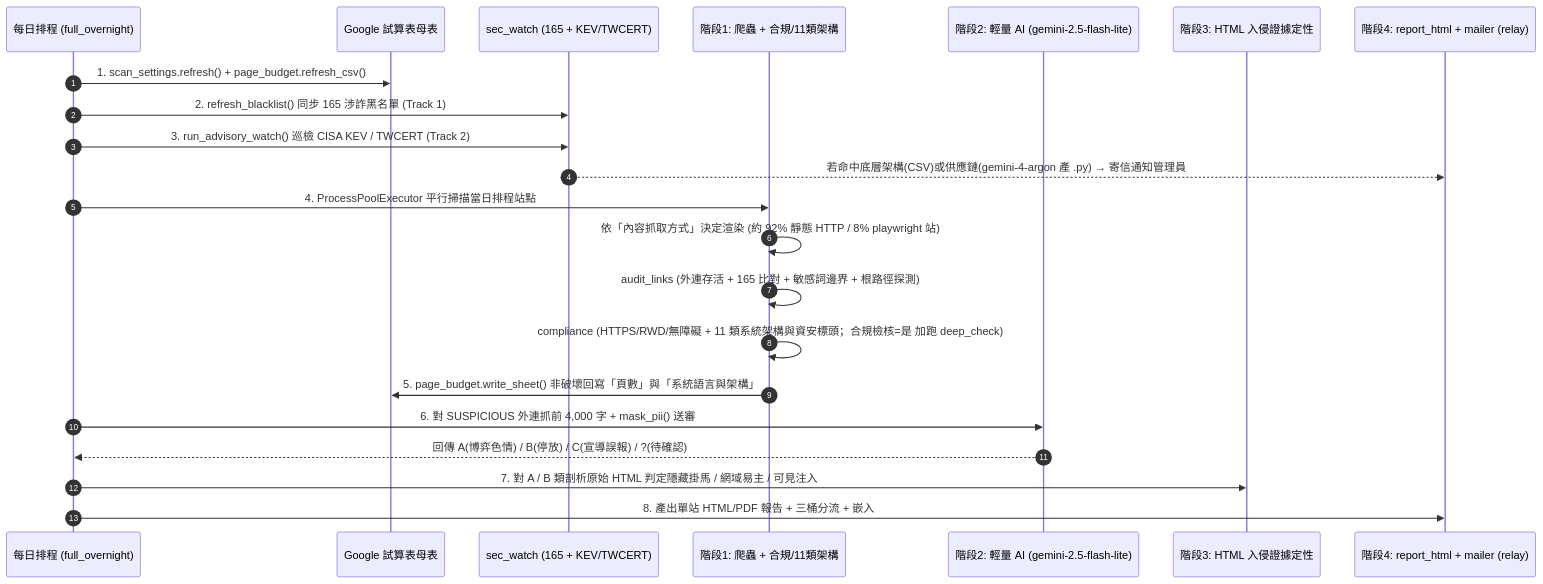
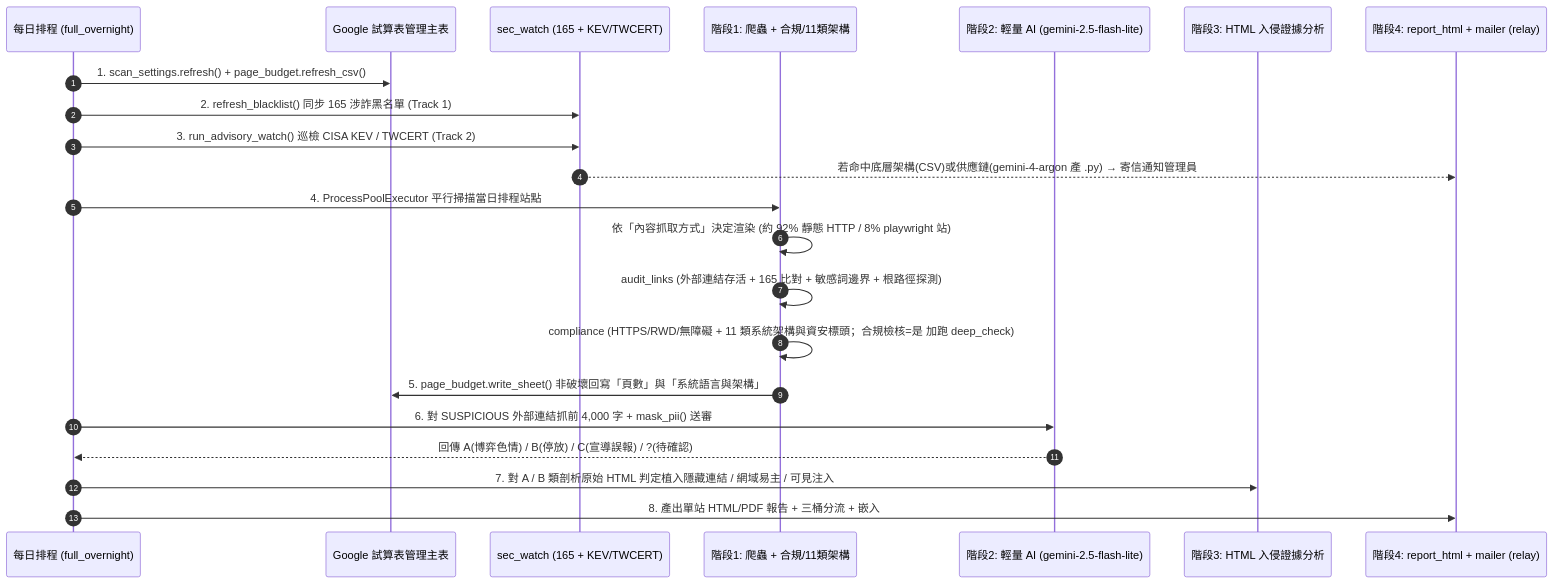
The second of 2 diagrams in docs/ARCHITECTURE.md (acebd12345/websitecheck), drawn with Mermaid before and after one commit. The commit also changed other lines of this file and 3 other files, not shown here.

````diff
--- a/docs/ARCHITECTURE.md
+++ b/docs/ARCHITECTURE.md
@@ -170,27 +170,27 @@
 ```mermaid
 sequenceDiagram
     autonumber
     participant Cron as 每日排程 (full_overnight)
-    participant Sheet as Google 試算表母表
+    participant Sheet as Google 試算表管理主表
     participant SW as sec_watch (165 + KEV/TWCERT)
     participant S1 as 階段1: 爬蟲 + 合規/11類架構
     participant AI_Lite as 階段2: 輕量 AI (gemini-2.5-flash-lite)
-    participant S3 as 階段3: HTML 入侵證據定性
+    participant S3 as 階段3: HTML 入侵證據分析
     participant Mail as 階段4: report_html + mailer (relay)
 
     Cron->>Sheet: 1. scan_settings.refresh() + page_budget.refresh_csv()
     Cron->>SW: 2. refresh_blacklist() 同步 165 涉詐黑名單 (Track 1)
     Cron->>SW: 3. run_advisory_watch() 巡檢 CISA KEV / TWCERT (Track 2)
     SW-->>Mail: 若命中底層架構(CSV)或供應鏈(gemini-4-argon 產 .py) → 寄信通知管理員
 
     Cron->>S1: 4. ProcessPoolExecutor 平行掃描當日排程站點
     S1->>S1: 依「內容抓取方式」決定渲染 (約 92% 靜態 HTTP / 8% playwright 站)
-    S1->>S1: audit_links (外連存活 + 165 比對 + 敏感詞邊界 + 根路徑探測)
+    S1->>S1: audit_links (外部連結存活 + 165 比對 + 敏感詞邊界 + 根路徑探測)
     S1->>S1: compliance (HTTPS/RWD/無障礙 + 11 類系統架構與資安標頭；合規檢核=是 加跑 deep_check)
     S1->>Sheet: 5. page_budget.write_sheet() 非破壞回寫「頁數」與「系統語言與架構」
 
-    Cron->>AI_Lite: 6. 對 SUSPICIOUS 外連抓前 4,000 字 + mask_pii() 送審
+    Cron->>AI_Lite: 6. 對 SUSPICIOUS 外部連結抓前 4,000 字 + mask_pii() 送審
     AI_Lite-->>Cron: 回傳 A(博弈色情) / B(停放) / C(宣導誤報) / ?(待確認)
-    Cron->>S3: 7. 對 A / B 類剖析原始 HTML 判定隱藏掛馬 / 網域易主 / 可見注入
+    Cron->>S3: 7. 對 A / B 類剖析原始 HTML 判定植入隱藏連結 / 網域易主 / 可見注入
     Cron->>Mail: 8. 產出單站 HTML/PDF 報告 + 三桶分流 + 嵌入 #pin= 寄送各局處承辦
 ```
````
